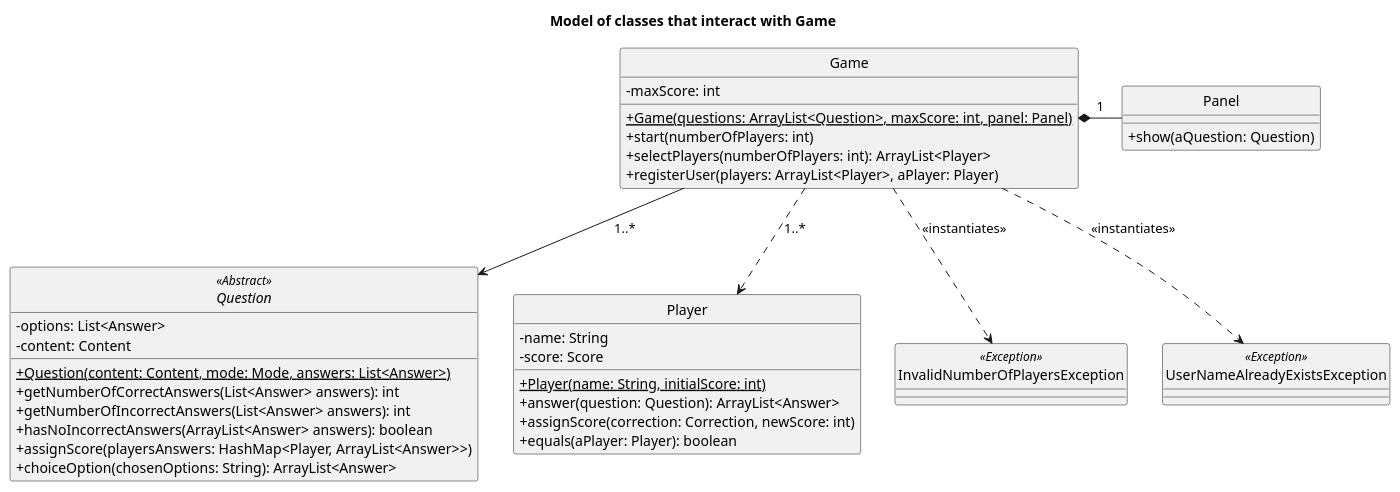
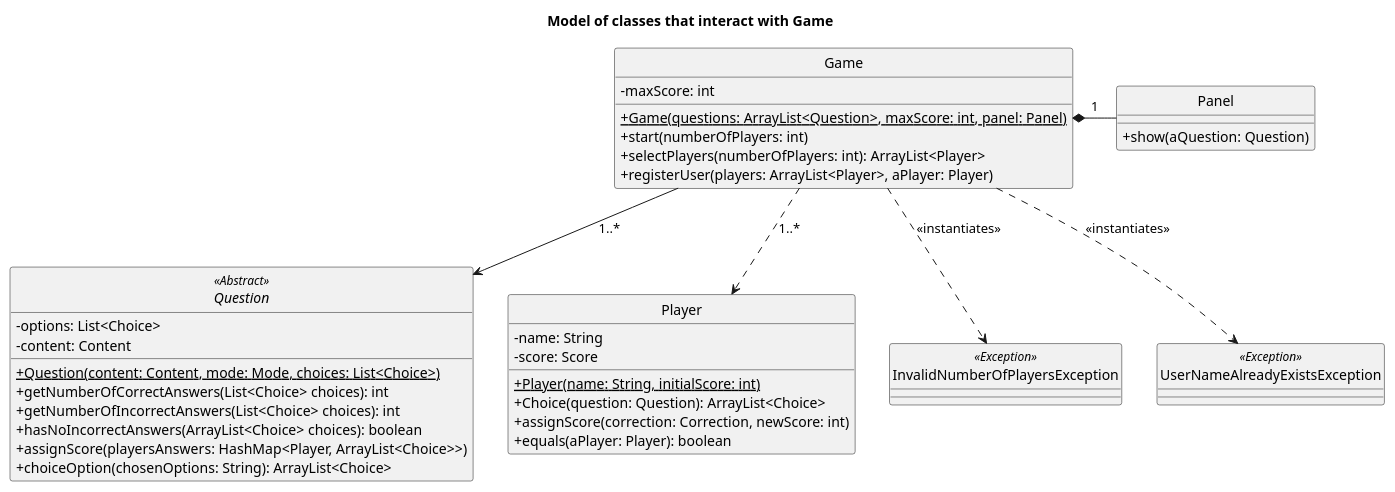
One commit to agpelliciari/TP2-Algo-III changed the diagram in UML files/ClassDiagramGameInteractionsModel.puml. Above: the diagram before and after it, drawn with PlantUML. The commit also changed 27 other files, not shown here.

```diff
--- a/UML files/ClassDiagramGameInteractionsModel.puml
+++ b/UML files/ClassDiagramGameInteractionsModel.puml
@@ -1,57 +1,57 @@
 @startuml
 
 skinparam monochrome true
 hide circle
 skinparam classAttributeIconSize 0
 
 title: Model of classes that interact with Game
 
 class Game{
 -maxScore: int
 +{static}Game(questions: ArrayList<Question>, maxScore: int, panel: Panel)
 +start(numberOfPlayers: int)
 +selectPlayers(numberOfPlayers: int): ArrayList<Player>
 +registerUser(players: ArrayList<Player>, aPlayer: Player)
 }
 
 class Panel{
 +show(aQuestion: Question)
 }
 
 abstract class Question{
--options: List<Answer>
+-options: List<Choice>
 -content: Content
-+{static}Question(content: Content, mode: Mode, answers: List<Answer>)
-+getNumberOfCorrectAnswers(List<Answer> answers): int
-+getNumberOfIncorrectAnswers(List<Answer> answers): int
-+hasNoIncorrectAnswers(ArrayList<Answer> answers): boolean
-+assignScore(playersAnswers: HashMap<Player, ArrayList<Answer>>)
-+choiceOption(chosenOptions: String): ArrayList<Answer>
++{static}Question(content: Content, mode: Mode, choices: List<Choice>)
++getNumberOfCorrectAnswers(List<Choice> choices): int
++getNumberOfIncorrectAnswers(List<Choice> choices): int
++hasNoIncorrectAnswers(ArrayList<Choice> choices): boolean
++assignScore(playersAnswers: HashMap<Player, ArrayList<Choice>>)
++choiceOption(chosenOptions: String): ArrayList<Choice>
 }
 
 class Player{
 -name: String
 -score: Score
 +{static}Player(name: String, initialScore: int)
-+answer(question: Question): ArrayList<Answer>
++Choice(question: Question): ArrayList<Choice>
 +assignScore(correction: Correction, newScore: int)
 +equals(aPlayer: Player): boolean
 }
 
 class InvalidNumberOfPlayersException{}
 
 class UserNameAlreadyExistsException{}
 
 Game *- Panel:1
 Game --> Question:1..*
 Game ..> Player:1..*
 
 Question <<Abstract>>
 InvalidNumberOfPlayersException <<Exception>>
 UserNameAlreadyExistsException <<Exception>>
 
 Game ..> InvalidNumberOfPlayersException: <<instantiates>>
 Game ..> UserNameAlreadyExistsException: <<instantiates>>
 
 
 @enduml
```
